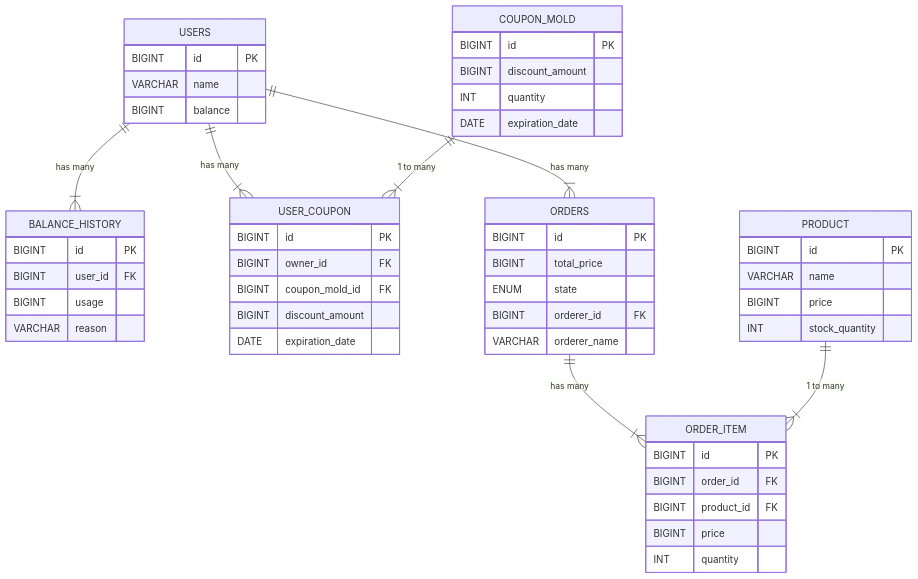
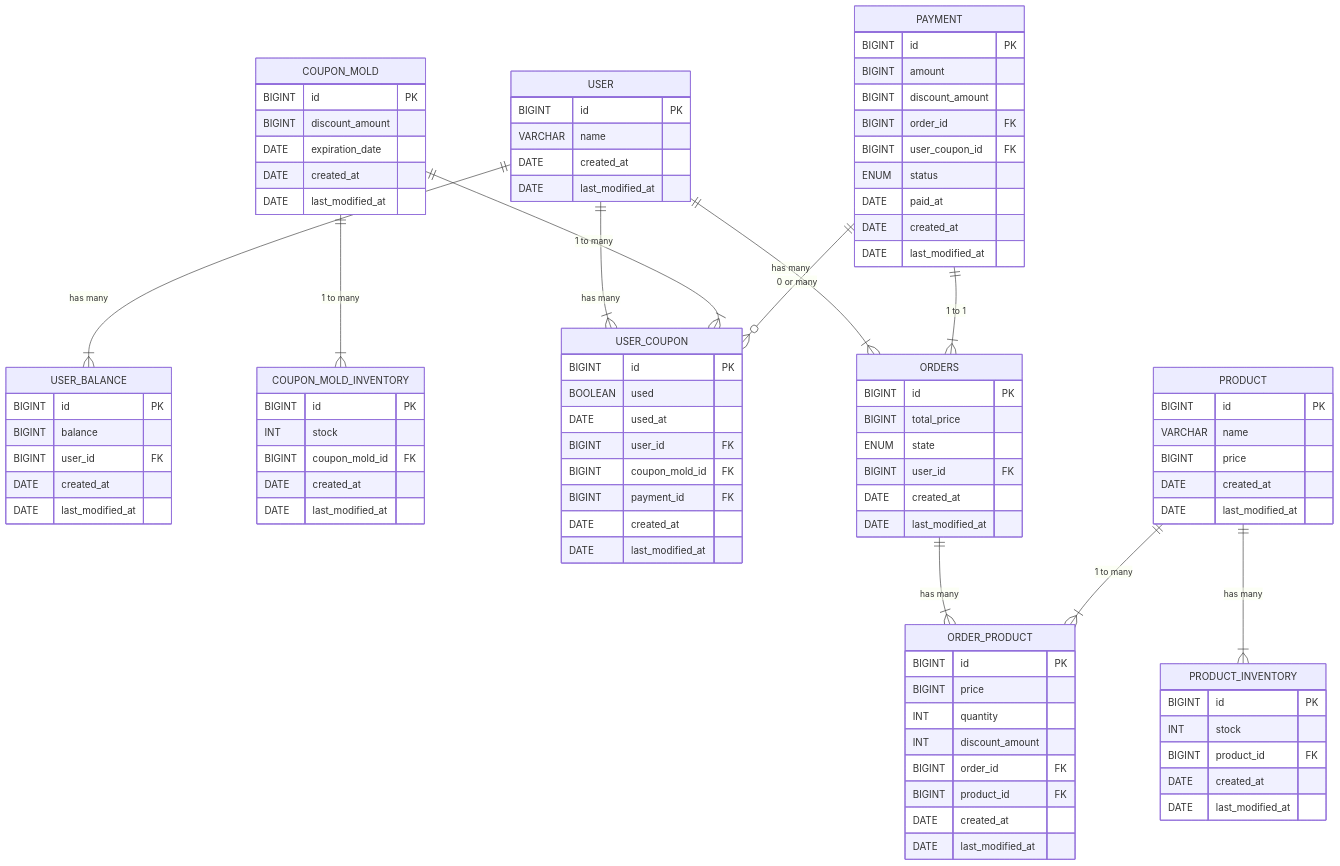
One commit to leesh5000/hhplus-server changed the diagram in docs/erd.md. Above: the diagram before and after it, drawn with Mermaid. The commit also changed 2 other files, not shown here.

Commit message:
#8 - 코드 리뷰 반영
아래의 피드백을 반영하였습니다.
- Product 테이블의 재고 필드는 수정이 빈번하게 집니다. 이 경우, 데이터 정합성을 위해 DB Lock 을 사용하게 되는데 재고 필드 하나 수정을 위해 Product 테이블 전체에 Lock 을 걸게 되므로 성능에 좋지 않습니다. 이를 해결하기 위해, 재고 필드를 별도의 테이블로 분리하여 재고 필드에만 DB Lock 을 걸도록 수정합니다.
- User Balance 필드도 1번과 같은 이유로 분리할 것
- 주문 시, 얼마가 지불 됐고, 얼마가 할인 되었는지를 알기 위해서는 결제 테이블이 필요합니다.
- created_at, updated_at 과 같은 메타 필드를 추가할 것
- 주문 상품에서도 얼마가 할인 됐는지 알 수 있어야 함

````diff
--- a/docs/erd.md
+++ b/docs/erd.md
@@ -1,62 +1,104 @@
 ```mermaid
 erDiagram
-    USERS {
+    USER {
         BIGINT id PK
         VARCHAR name
-        BIGINT balance
+        DATE created_at
+        DATE last_modified_at
     }
 
-    BALANCE_HISTORY {
+    USER_BALANCE {
         BIGINT id PK
+        BIGINT balance
         BIGINT user_id FK
-        BIGINT usage
-        VARCHAR reason
+        DATE created_at
+        DATE last_modified_at
     }
 
     COUPON_MOLD {
         BIGINT id PK
         BIGINT discount_amount
-        INT quantity
         DATE expiration_date
+        DATE created_at
+        DATE last_modified_at
+    }
+
+    COUPON_MOLD_INVENTORY {
+        BIGINT id PK
+        INT stock
+        BIGINT coupon_mold_id FK
+        DATE created_at
+        DATE last_modified_at
     }
 
     USER_COUPON {
         BIGINT id PK
-        BIGINT owner_id FK
+        BOOLEAN used
+        DATE used_at
+        BIGINT user_id FK
         BIGINT coupon_mold_id FK
-        BIGINT discount_amount
-        DATE expiration_date
+        BIGINT payment_id FK
+        DATE created_at
+        DATE last_modified_at
     }
 
     PRODUCT {
         BIGINT id PK
         VARCHAR name
         BIGINT price
-        INT stock_quantity
+        DATE created_at
+        DATE last_modified_at
     }
-
+    
+    PRODUCT_INVENTORY {
+        BIGINT id PK
+        INT stock
+        BIGINT product_id FK
+        DATE created_at
+        DATE last_modified_at
+    }
+        
     ORDERS {
         BIGINT id PK
         BIGINT total_price
         ENUM state
-        BIGINT orderer_id FK
-        VARCHAR orderer_name
+        BIGINT user_id FK
+        DATE created_at
+        DATE last_modified_at
     }
 
-    ORDER_ITEM {
+    ORDER_PRODUCT {
         BIGINT id PK
+        BIGINT price
+        INT quantity
+        INT discount_amount
         BIGINT order_id FK
         BIGINT product_id FK
-        BIGINT price
-        INT quantity
+        DATE created_at
+        DATE last_modified_at
+    }
+    
+    PAYMENT {
+        BIGINT id PK
+        BIGINT amount
+        BIGINT discount_amount
+        BIGINT order_id FK
+        BIGINT user_coupon_id FK
+        ENUM status
+        DATE paid_at
+        DATE created_at
+        DATE last_modified_at
     }
 
     %% RELATIONSHIPS
-    
-    USERS ||--|{ BALANCE_HISTORY : "has many"
-    USERS ||--|{ USER_COUPON     : "has many"
+    USER ||--|{ USER_BALANCE : "has many"
+    USER ||--|{ USER_COUPON     : "has many"
+    USER ||--|{ ORDERS          : "has many"
+    ORDERS ||--|{ ORDER_PRODUCT     : "has many"
+    PRODUCT ||--|{ ORDER_PRODUCT    : "1 to many"
+    PRODUCT ||--|{ PRODUCT_INVENTORY : "has many"
     COUPON_MOLD ||--|{ USER_COUPON : "1 to many"
-    ORDERS ||--|{ ORDER_ITEM     : "has many"
-    PRODUCT ||--|{ ORDER_ITEM    : "1 to many"
-    USERS ||--|{ ORDERS          : "has many"
+    COUPON_MOLD ||--|{ COUPON_MOLD_INVENTORY : "1 to many"
+    PAYMENT ||--|{ ORDERS        : "1 to 1"
+    PAYMENT ||--o{ USER_COUPON   : "0 or many"
 ```
````
